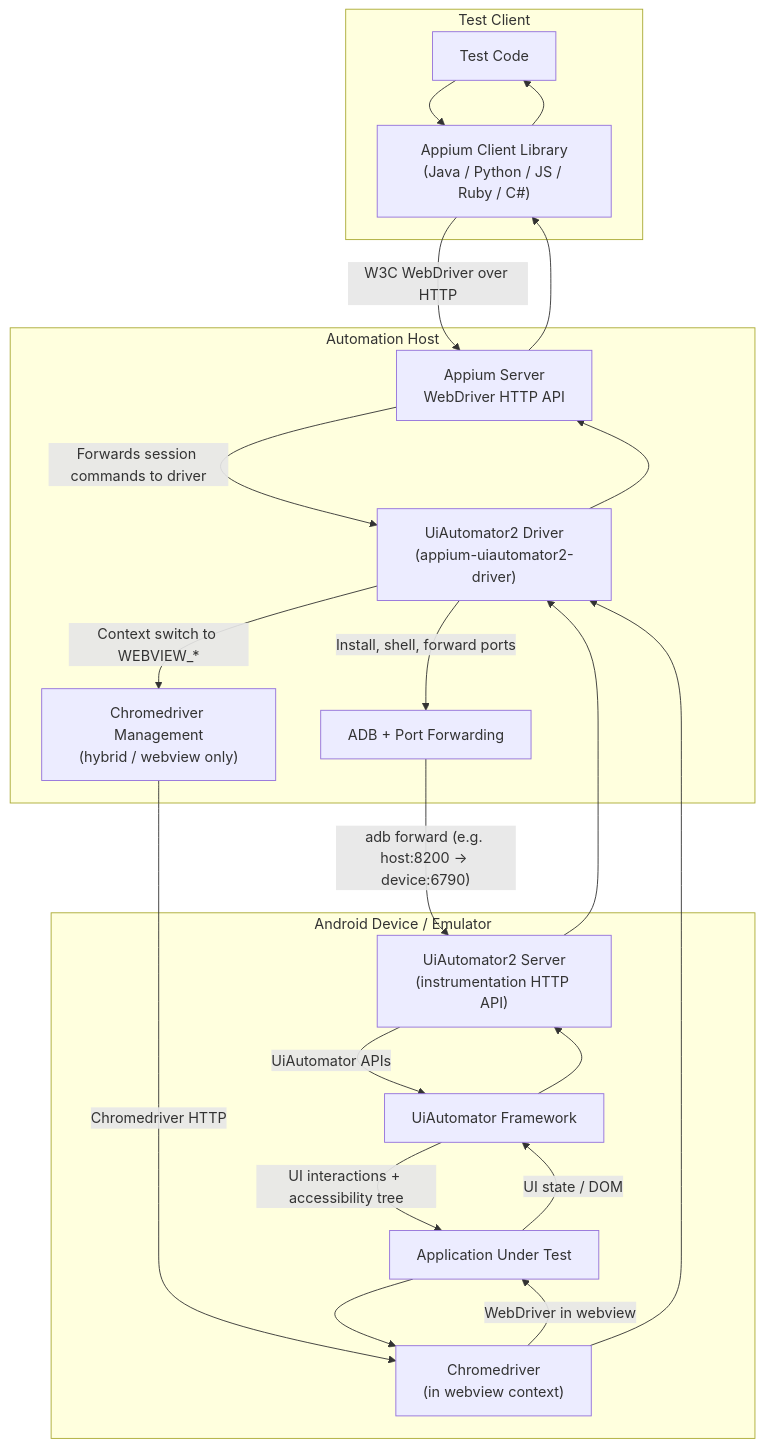
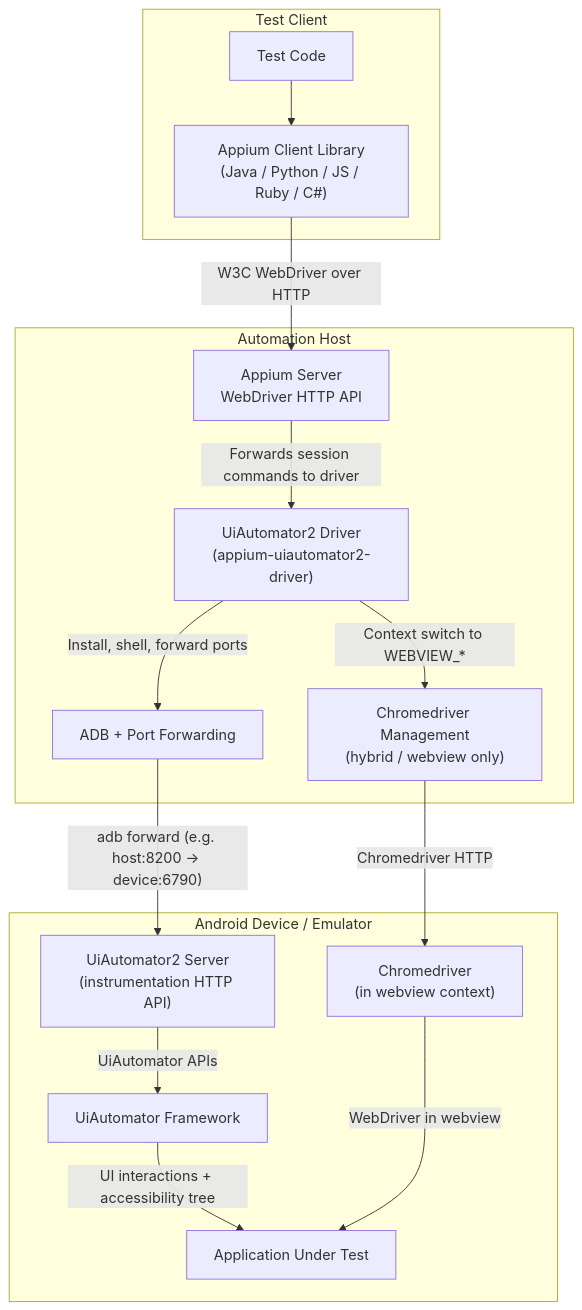
One commit to appium/appium-uiautomator2-driver changed the diagram in docs/architecture.md. Above: the diagram before and after it, drawn with Mermaid.

````diff
--- a/docs/architecture.md
+++ b/docs/architecture.md
@@ -3,41 +3,32 @@
 ```mermaid
 flowchart TD
   subgraph ClientSide["Test Client"]
     T["Test Code"]
     CL["Appium Client Library<br/>(Java / Python / JS / Ruby / C#)"]
   end
 
   subgraph ServerHost["Automation Host"]
     AS["Appium Server<br/>WebDriver HTTP API"]
     XD["UiAutomator2 Driver<br/>(appium-uiautomator2-driver)"]
     ADBM["ADB + Port Forwarding"]
     CDM["Chromedriver Management<br/>(hybrid / webview only)"]
   end
 
   subgraph DeviceTarget["Android Device / Emulator"]
     U2S["UiAutomator2 Server<br/>(instrumentation HTTP API)"]
     UIA["UiAutomator Framework"]
     CD["Chromedriver<br/>(in webview context)"]
     AUT["Application Under Test"]
   end
 
   T --> CL
   CL -->|"W3C WebDriver over HTTP"| AS
   AS -->|"Forwards session commands to driver"| XD
   XD -->|"Install, shell, forward ports"| ADBM
   XD -->|"Context switch to WEBVIEW_*"| CDM
   ADBM -->|"adb forward (e.g. host:8200 → device:6790)"| U2S
   CDM -->|"Chromedriver HTTP"| CD
   U2S -->|"UiAutomator APIs"| UIA
   UIA -->|"UI interactions + accessibility tree"| AUT
   CD -->|"WebDriver in webview"| AUT
-
-  AUT -->|"UI state / DOM"| UIA
-  AUT --> CD
-  UIA --> U2S
-  U2S --> XD
-  CD --> XD
-  XD --> AS
-  AS --> CL
-  CL --> T
 ```
````
